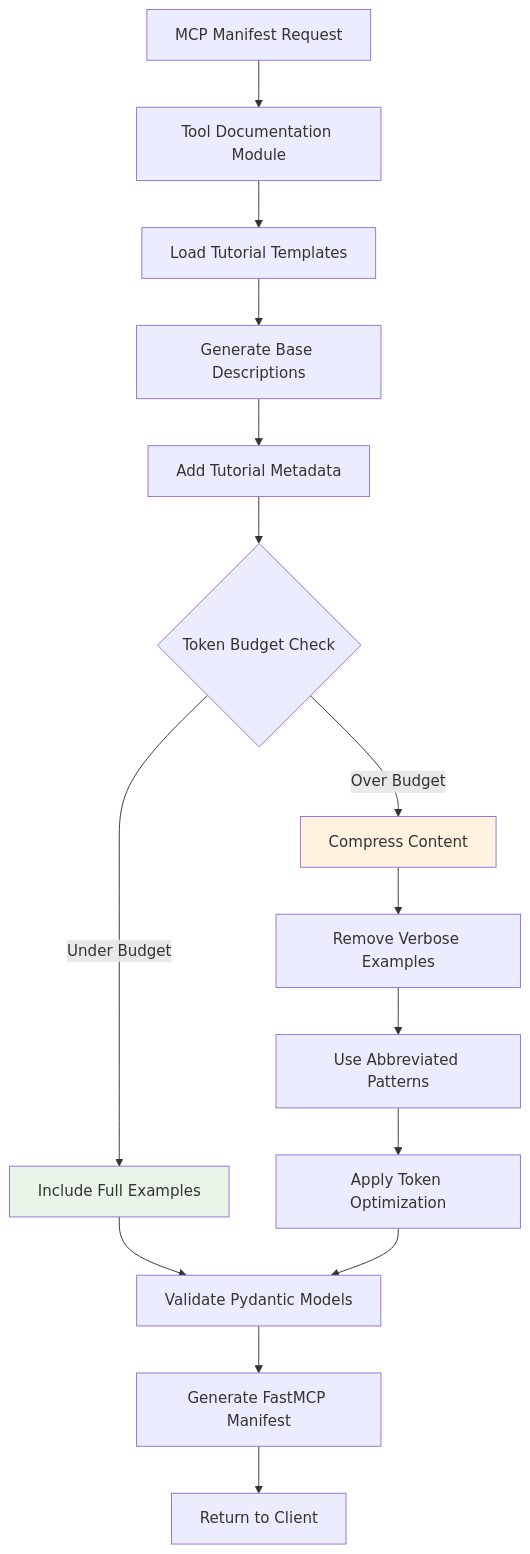
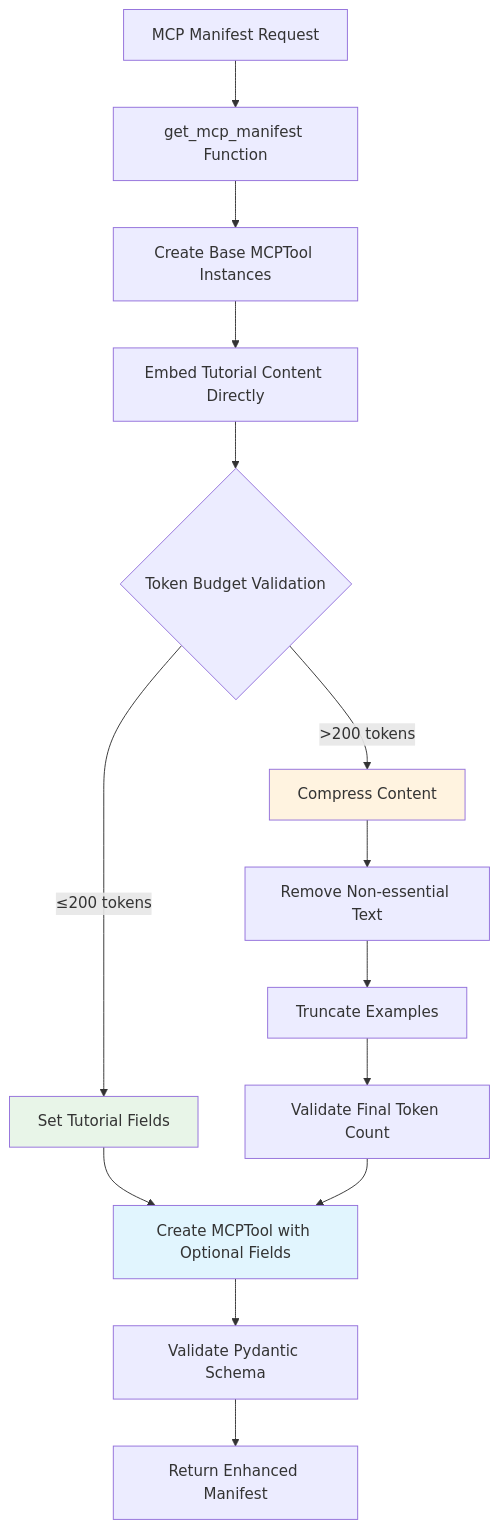
Diagram 45 of 45 in Architecture.md (RimoVR/docsrs-mcp), drawn with Mermaid before and after one commit. The commit also changed other lines of this file and 10 other files, not shown here.

First line of the commit message:
feat: add tutorial fields to MCP tools for enhanced AI agent guidance

````diff
--- a/Architecture.md
+++ b/Architecture.md
@@ -3405,23 +3472,23 @@
 ```mermaid
 flowchart TD
-    A[MCP Manifest Request] --> B[Tool Documentation Module]
-    B --> C[Load Tutorial Templates]
-    C --> D[Generate Base Descriptions]
+    A[MCP Manifest Request] --> B[get_mcp_manifest Function]
+    B --> C[Create Base MCPTool Instances]
+    C --> D[Embed Tutorial Content Directly]
     
-    D --> E[Add Tutorial Metadata]
-    E --> F{Token Budget Check}
-    F -->|Under Budget| G[Include Full Examples]
-    F -->|Over Budget| H[Compress Content]
+    D --> E{Token Budget Validation}
+    E -->|≤200 tokens| F[Set Tutorial Fields]
+    E -->|>200 tokens| G[Compress Content]
     
-    H --> I[Remove Verbose Examples]
-    I --> J[Use Abbreviated Patterns]
-    J --> K[Apply Token Optimization]
+    G --> H[Remove Non-essential Text]
+    H --> I[Truncate Examples]
+    I --> J[Validate Final Token Count]
     
-    G --> L[Validate Pydantic Models]
-    K --> L
-    L --> M[Generate FastMCP Manifest]
-    M --> N[Return to Client]
+    F --> K[Create MCPTool with Optional Fields]
+    J --> K
+    K --> L[Validate Pydantic Schema]
+    L --> M[Return Enhanced Manifest]
     
-    style G fill:#e8f5e8
-    style H fill:#fff3e0
+    style F fill:#e8f5e8
+    style G fill:#fff3e0
+    style K fill:#e1f5fe
 ```
````
